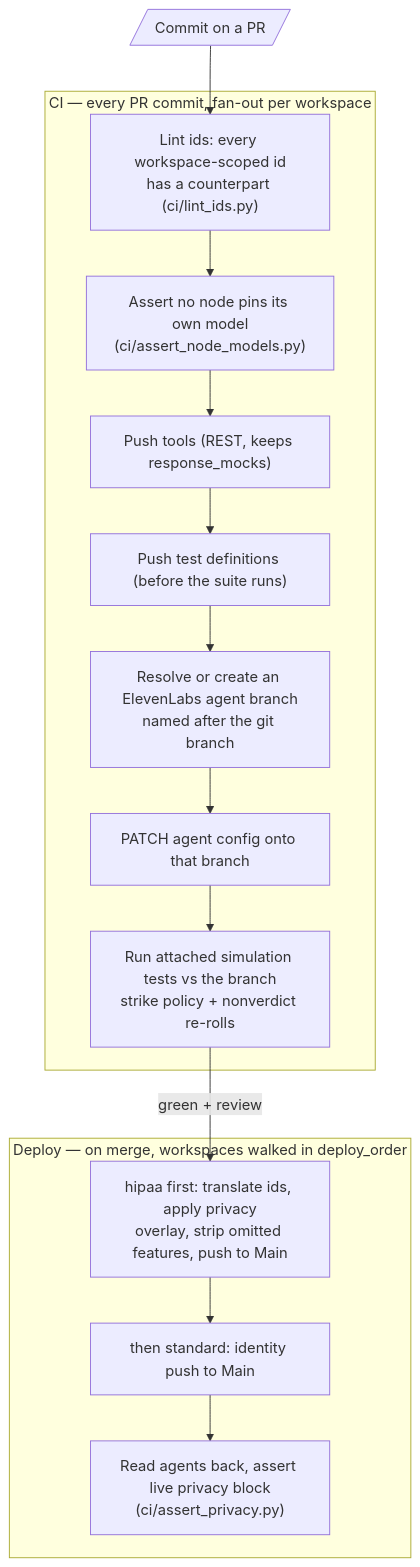
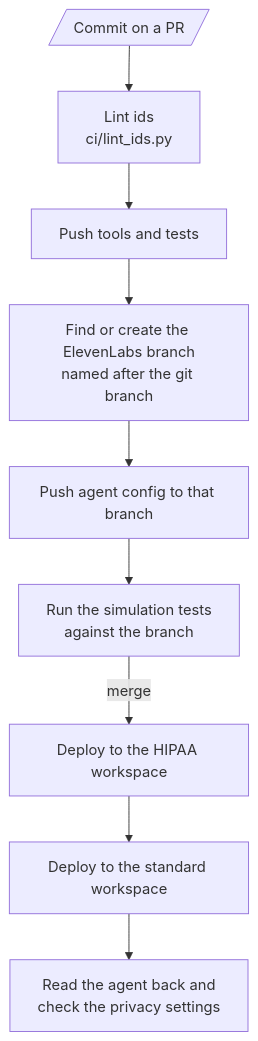
The second of 2 diagrams in README.md (mlucchelli/elevenlabs-multitenant-receptionist), drawn with Mermaid before and after one commit. The commit also changed other lines of this file and 18 other files, not shown here.

````diff
--- a/README.md
+++ b/README.md
@@ -95,23 +86,11 @@
 ```mermaid
 flowchart TD
-    pr[/"Commit on a PR"/]
-
-    subgraph ci ["CI — every PR commit, fan-out per workspace"]
-        lint["Lint ids: every workspace-scoped id\nhas a counterpart (ci/lint_ids.py)"]
-        models["Assert no node pins its own model\n(ci/assert_node_models.py)"]
-        tools["Push tools (REST, keeps response_mocks)"]
-        tests["Push test definitions (before the suite runs)"]
-        branch["Resolve or create an ElevenLabs agent branch\nnamed after the git branch"]
-        agent["PATCH agent config onto that branch"]
-        suite["Run attached simulation tests vs the branch\nstrike policy + nonverdict re-rolls"]
-    end
-
-    subgraph deploy ["Deploy — on merge, workspaces walked in deploy_order"]
-        hipaa["hipaa first: translate ids, apply privacy\noverlay, strip omitted features, push to Main"]
-        std["then standard: identity push to Main"]
-        assert["Read agents back, assert live privacy block\n(ci/assert_privacy.py)"]
-    end
-
-    pr --> lint --> models --> tools --> tests --> branch --> agent --> suite
-    suite -->|green + review| hipaa --> std --> assert
+    pr[/"Commit on a PR"/] --> lint["Lint ids<br/>ci/lint_ids.py"]
+    lint --> tools["Push tools and tests"]
+    tools --> branch["Find or create the ElevenLabs branch<br/>named after the git branch"]
+    branch --> agent["Push agent config to that branch"]
+    agent --> suite["Run the simulation tests<br/>against the branch"]
+    suite -->|merge| hipaa["Deploy to the HIPAA workspace"]
+    hipaa --> std["Deploy to the standard workspace"]
+    std --> check["Read the agent back and<br/>check the privacy settings"]
 ```
````
